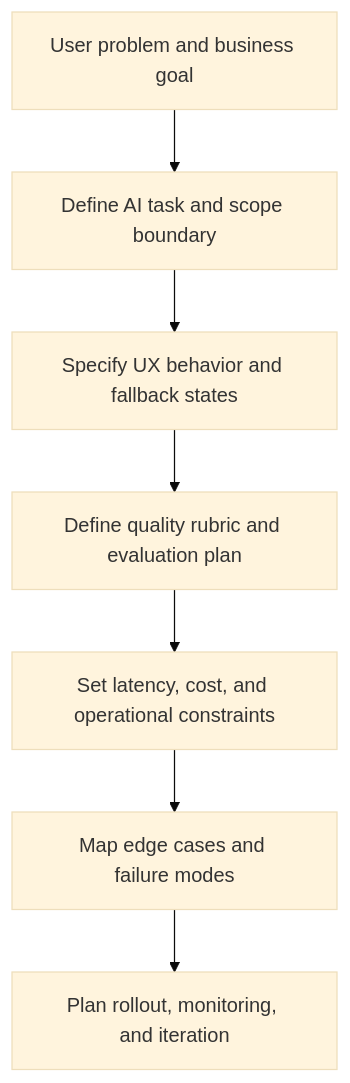
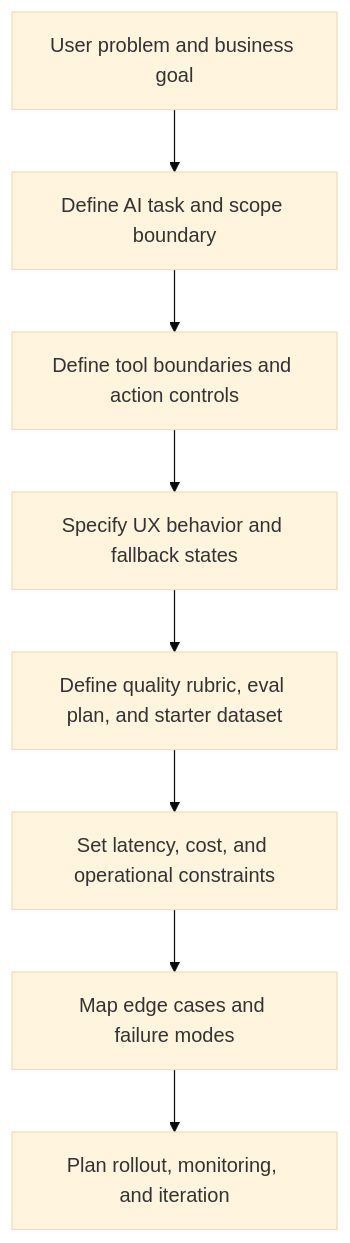
The diagram in 01-ai-prd-writing/README.md (ArslanArda/ai-pm-playbook), drawn with Mermaid (base theme) before and after one commit. The commit also changed other lines of this file and 29 other files, not shown here.

````diff
--- a/01-ai-prd-writing/README.md
+++ b/01-ai-prd-writing/README.md
@@ -88,9 +103,10 @@
 ```mermaid
 flowchart TD
     A["User problem and business goal"] --> B["Define AI task and scope boundary"]
-    B --> C["Specify UX behavior and fallback states"]
-    C --> D["Define quality rubric and evaluation plan"]
-    D --> E["Set latency, cost, and operational constraints"]
-    E --> F["Map edge cases and failure modes"]
-    F --> G["Plan rollout, monitoring, and iteration"]
+    B --> C["Define tool boundaries and action controls"]
+    C --> D["Specify UX behavior and fallback states"]
+    D --> E["Define quality rubric, eval plan, and starter dataset"]
+    E --> F["Set latency, cost, and operational constraints"]
+    F --> G["Map edge cases and failure modes"]
+    G --> H["Plan rollout, monitoring, and iteration"]
 ```
````
